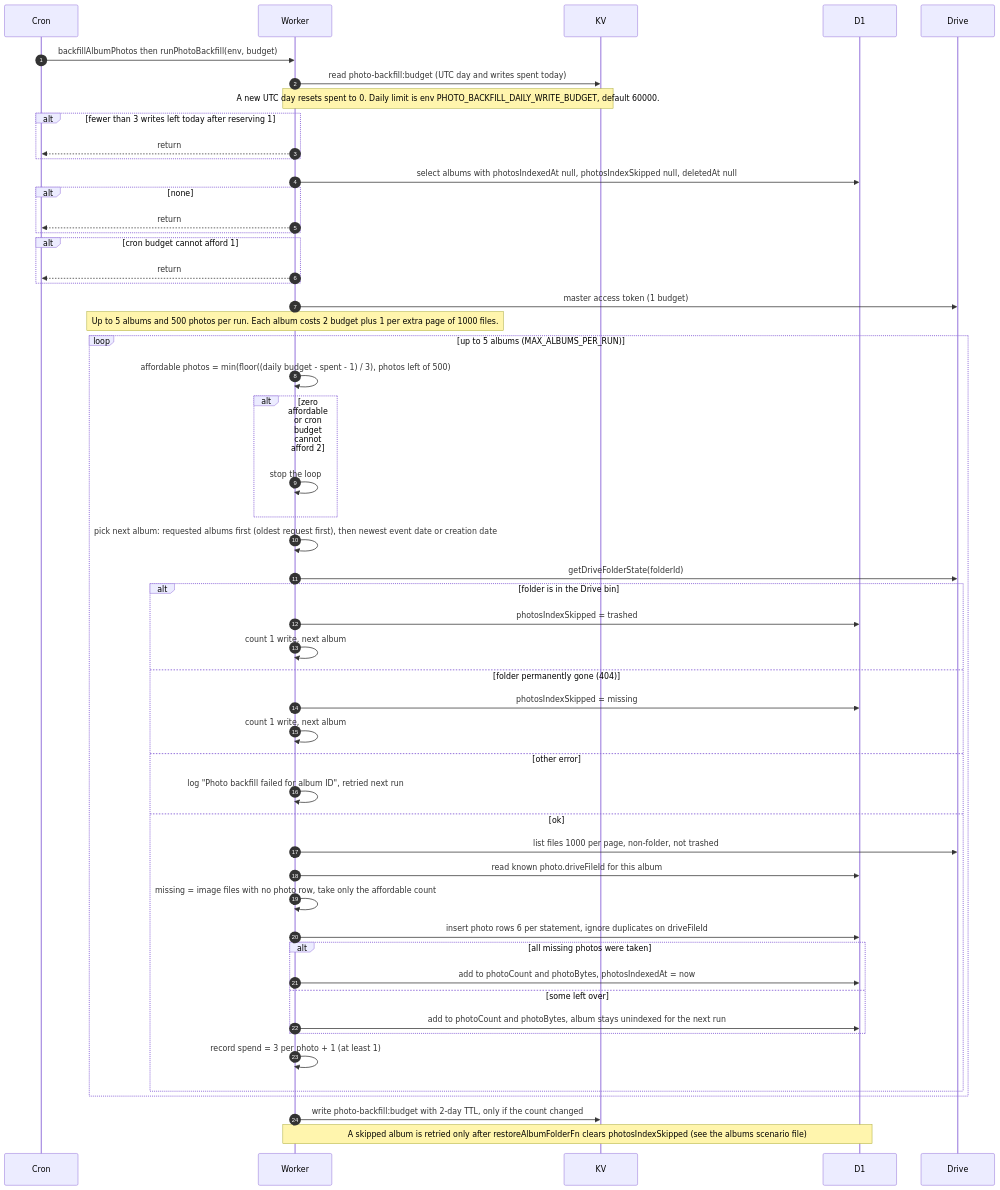
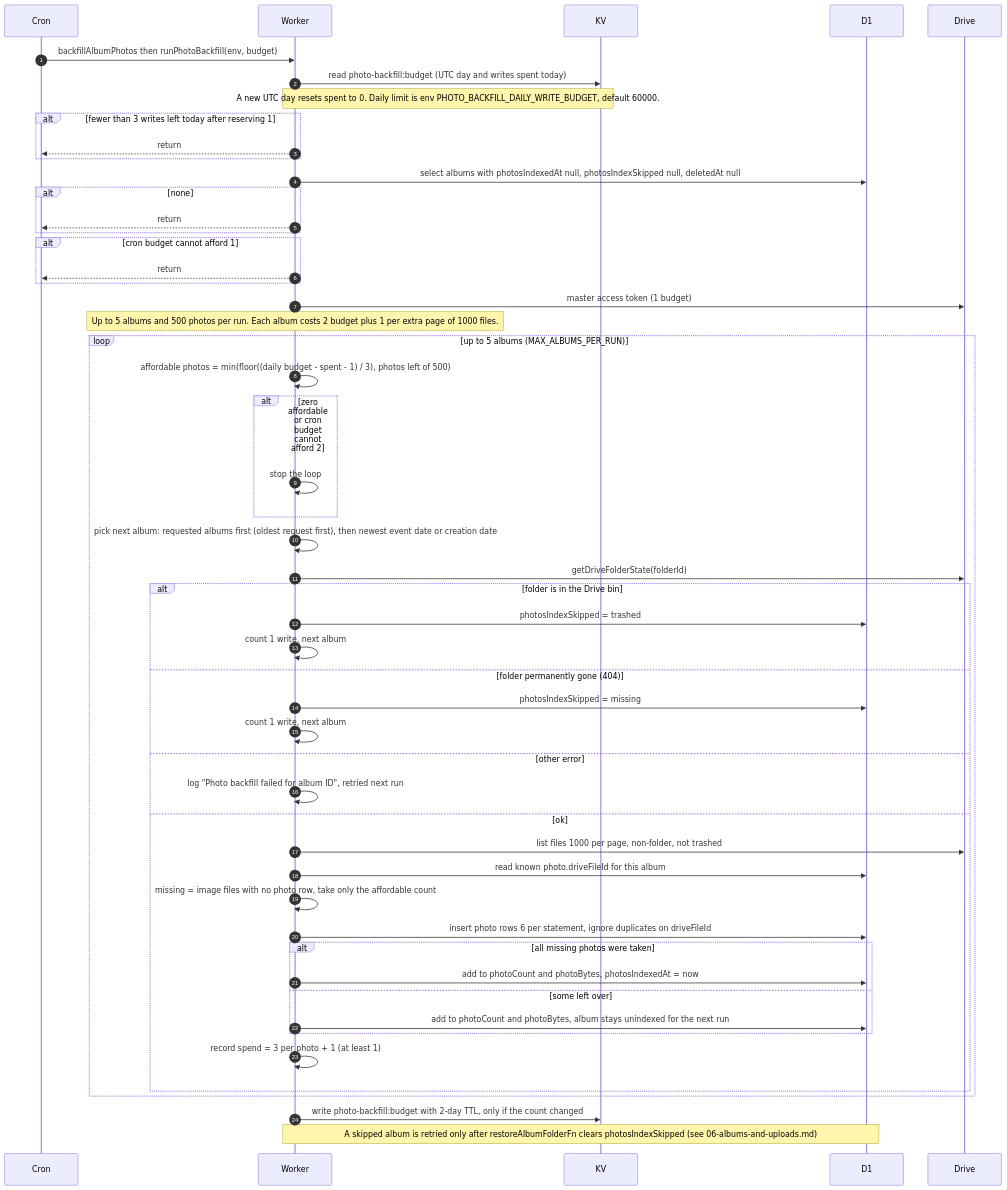
Before and after one commit to sagyzdop/meriksirat: the sixth of 9 diagrams in docs/scenarios/10-cron-albums-and-housekeeping.md, drawn with Mermaid. The commit also changed other lines of this file and 7 other files, not shown here.

````diff
--- a/docs/scenarios/10-cron-albums-and-housekeeping.md
+++ b/docs/scenarios/10-cron-albums-and-housekeeping.md
@@ -365,55 +365,55 @@
 ```mermaid
 sequenceDiagram
   autonumber
   participant Cron
   participant Worker
   participant KV
   participant D1
   participant Drive
 
   Cron->>Worker: backfillAlbumPhotos then runPhotoBackfill(env, budget)
   Worker->>KV: read photo-backfill:budget (UTC day and writes spent today)
   Note over Worker,KV: A new UTC day resets spent to 0. Daily limit is env PHOTO_BACKFILL_DAILY_WRITE_BUDGET, default 60000.
   alt fewer than 3 writes left today after reserving 1
     Worker-->>Cron: return
   end
   Worker->>D1: select albums with photosIndexedAt null, photosIndexSkipped null, deletedAt null
   alt none
     Worker-->>Cron: return
   end
   alt cron budget cannot afford 1
     Worker-->>Cron: return
   end
   Worker->>Drive: master access token (1 budget)
   Note over Worker: Up to 5 albums and 500 photos per run. Each album costs 2 budget plus 1 per extra page of 1000 files.
   loop up to 5 albums (MAX_ALBUMS_PER_RUN)
     Worker->>Worker: affordable photos = min(floor((daily budget - spent - 1) / 3), photos left of 500)
     alt zero affordable or cron budget cannot afford 2
       Worker->>Worker: stop the loop
     end
     Worker->>Worker: pick next album: requested albums first (oldest request first), then newest event date or creation date
     Worker->>Drive: getDriveFolderState(folderId)
     alt folder is in the Drive bin
       Worker->>D1: photosIndexSkipped = trashed
       Worker->>Worker: count 1 write, next album
     else folder permanently gone (404)
       Worker->>D1: photosIndexSkipped = missing
       Worker->>Worker: count 1 write, next album
     else other error
       Worker->>Worker: log "Photo backfill failed for album ID", retried next run
     else ok
       Worker->>Drive: list files 1000 per page, non-folder, not trashed
       Worker->>D1: read known photo.driveFileId for this album
       Worker->>Worker: missing = image files with no photo row, take only the affordable count
       Worker->>D1: insert photo rows 6 per statement, ignore duplicates on driveFileId
       alt all missing photos were taken
         Worker->>D1: add to photoCount and photoBytes, photosIndexedAt = now
       else some left over
         Worker->>D1: add to photoCount and photoBytes, album stays unindexed for the next run
       end
       Worker->>Worker: record spend = 3 per photo + 1 (at least 1)
     end
   end
   Worker->>KV: write photo-backfill:budget with 2-day TTL, only if the count changed
-  Note over Worker,D1: A skipped album is retried only after restoreAlbumFolderFn clears photosIndexSkipped (see the albums scenario file)
+  Note over Worker,D1: A skipped album is retried only after restoreAlbumFolderFn clears photosIndexSkipped (see 06-albums-and-uploads.md)
 ```
````
